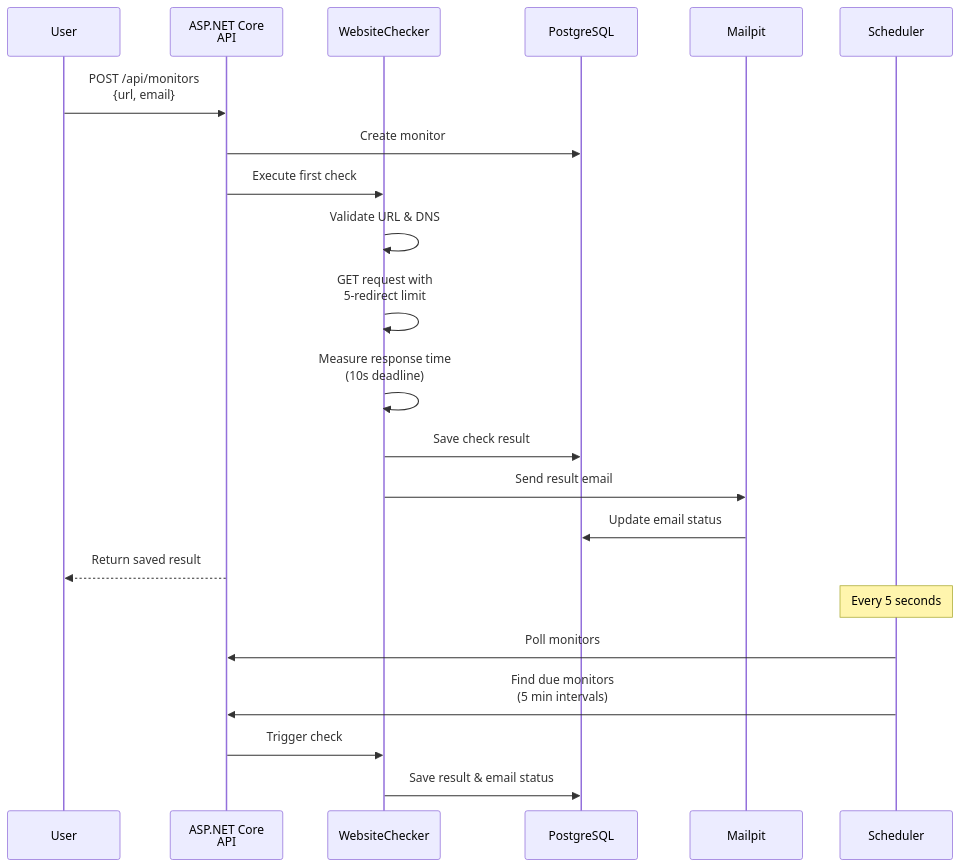
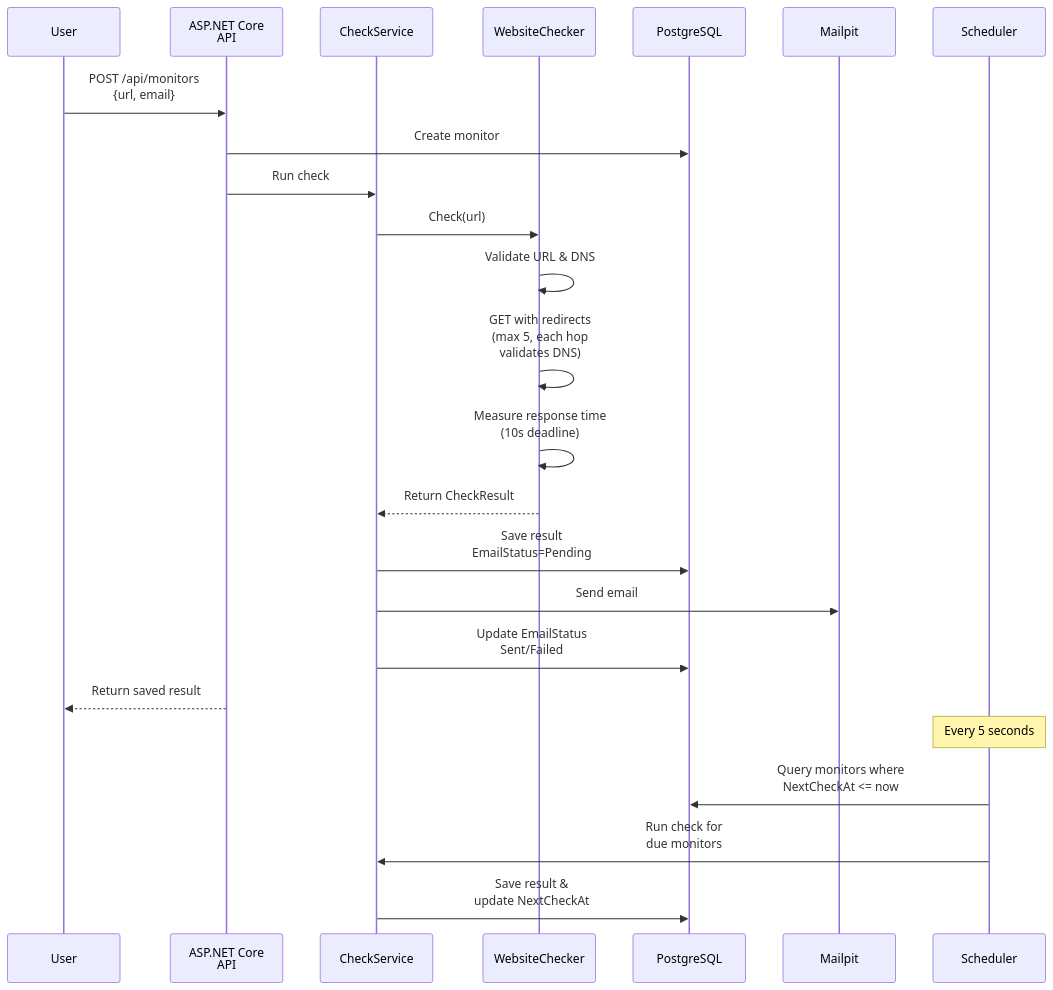
Before and after one commit to pedroaz/website-health-checker-backend: the second of 8 diagrams in SUMMARY.md, drawn with Mermaid. The commit also changed other lines of this file, not shown here.

First line of the commit message:
fix: correct database schema, data flow, and component responsibilities

````diff
--- a/SUMMARY.md
+++ b/SUMMARY.md
@@ -50,27 +55,29 @@
 ```mermaid
 sequenceDiagram
     participant User
     participant API as ASP.NET Core<br/>API
+    participant Service as CheckService
     participant Checker as WebsiteChecker
     participant DB as PostgreSQL
     participant SMTP as Mailpit
     
     User->>API: POST /api/monitors<br/>{url, email}
     API->>DB: Create monitor
-    API->>Checker: Execute first check
+    API->>Service: Run check
     
+    Service->>Checker: Check(url)
     Checker->>Checker: Validate URL & DNS
-    Checker->>Checker: GET request with<br/>5-redirect limit
+    Checker->>Checker: GET with redirects<br/>(max 5, each hop<br/>validates DNS)
     Checker->>Checker: Measure response time<br/>(10s deadline)
-    Checker->>DB: Save check result
-    Checker->>SMTP: Send result email
-    SMTP->>DB: Update email status
+    Checker-->>Service: Return CheckResult
+    Service->>DB: Save result<br/>EmailStatus=Pending
+    Service->>SMTP: Send email
+    Service->>DB: Update EmailStatus<br/>Sent/Failed
     
     API-->>User: Return saved result
     
     Note over Scheduler: Every 5 seconds
-    Scheduler->>API: Poll monitors
-    Scheduler->>API: Find due monitors<br/>(5 min intervals)
-    API->>Checker: Trigger check
-    Checker->>DB: Save result & email status
+    Scheduler->>DB: Query monitors where<br/>NextCheckAt <= now
+    Scheduler->>Service: Run check for<br/>due monitors
+    Service->>DB: Save result &<br/>update NextCheckAt
 ```
````
